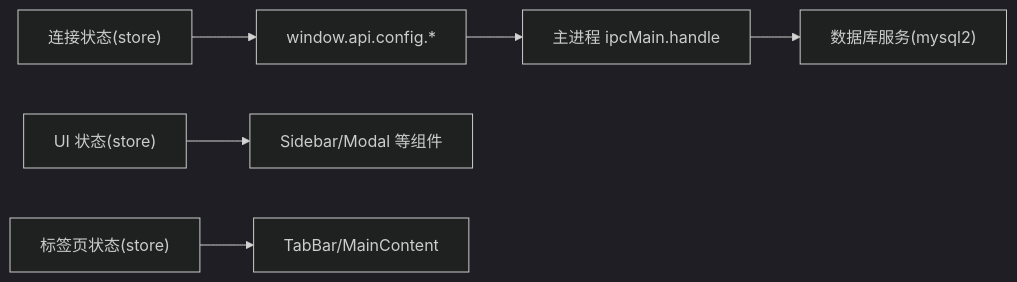
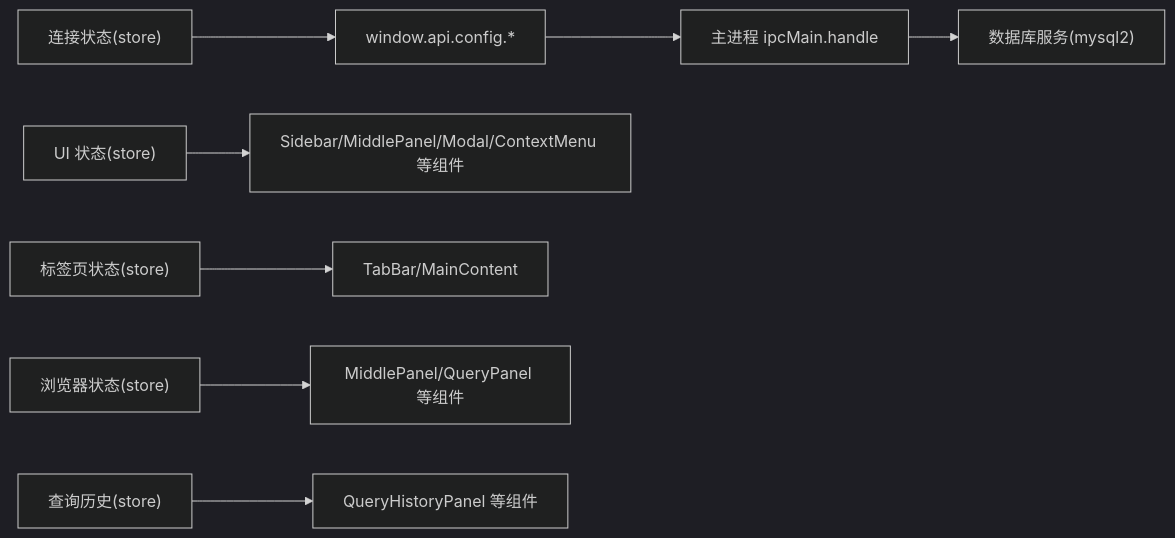
The eighth of 8 diagrams in .qoder/repowiki/zh/content/状态管理/状态管理.md (wwenbo2048/nexsql), drawn with Mermaid (dark theme) before and after one commit. The commit also changed other lines of this file and 19 other files, not shown here.

````diff
--- a/.qoder/repowiki/zh/content/状态管理/状态管理.md
+++ b/.qoder/repowiki/zh/content/状态管理/状态管理.md
@@ -272,8 +459,10 @@
 ```mermaid
 graph LR
 ZC["连接状态(store)"] --> API["window.api.config.*"]
-ZU["UI 状态(store)"] --> UIComp["Sidebar/Modal 等组件"]
+ZU["UI 状态(store)"] --> UIComp["Sidebar/MiddlePanel/Modal/ContextMenu 等组件"]
 ZT["标签页状态(store)"] --> TabComp["TabBar/MainContent"]
+ZB["浏览器状态(store)"] --> BrowserComp["MiddlePanel/QueryPanel 等组件"]
+ZH["查询历史(store)"] --> HistoryComp["QueryHistoryPanel 等组件"]
 API --> IPC["主进程 ipcMain.handle"]
 IPC --> DB["数据库服务(mysql2)"]
 ```
````
